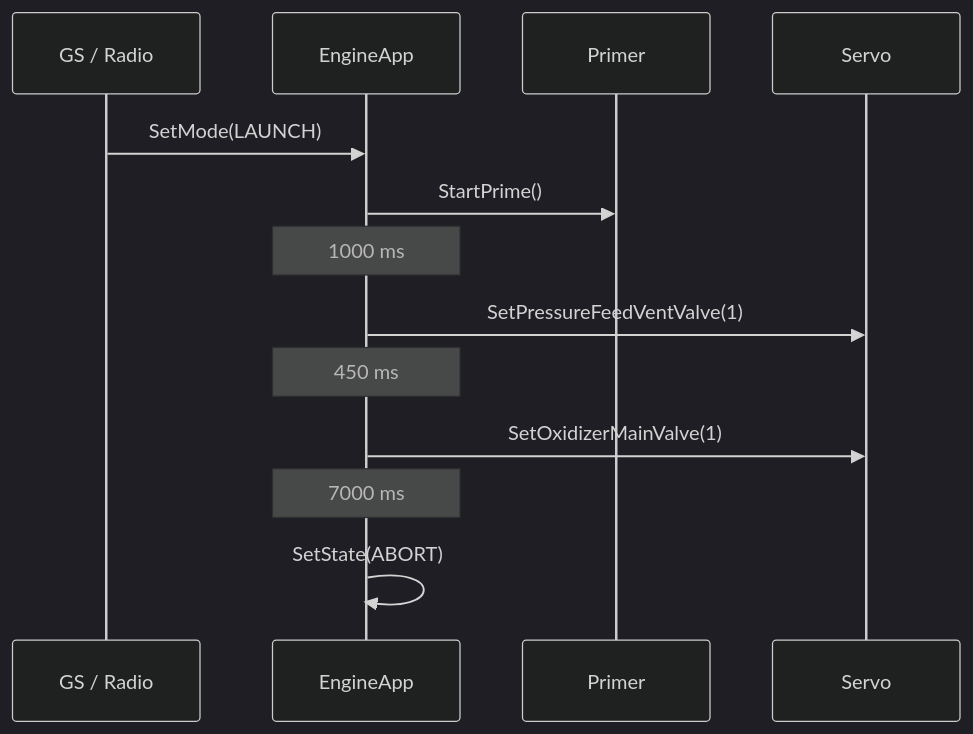
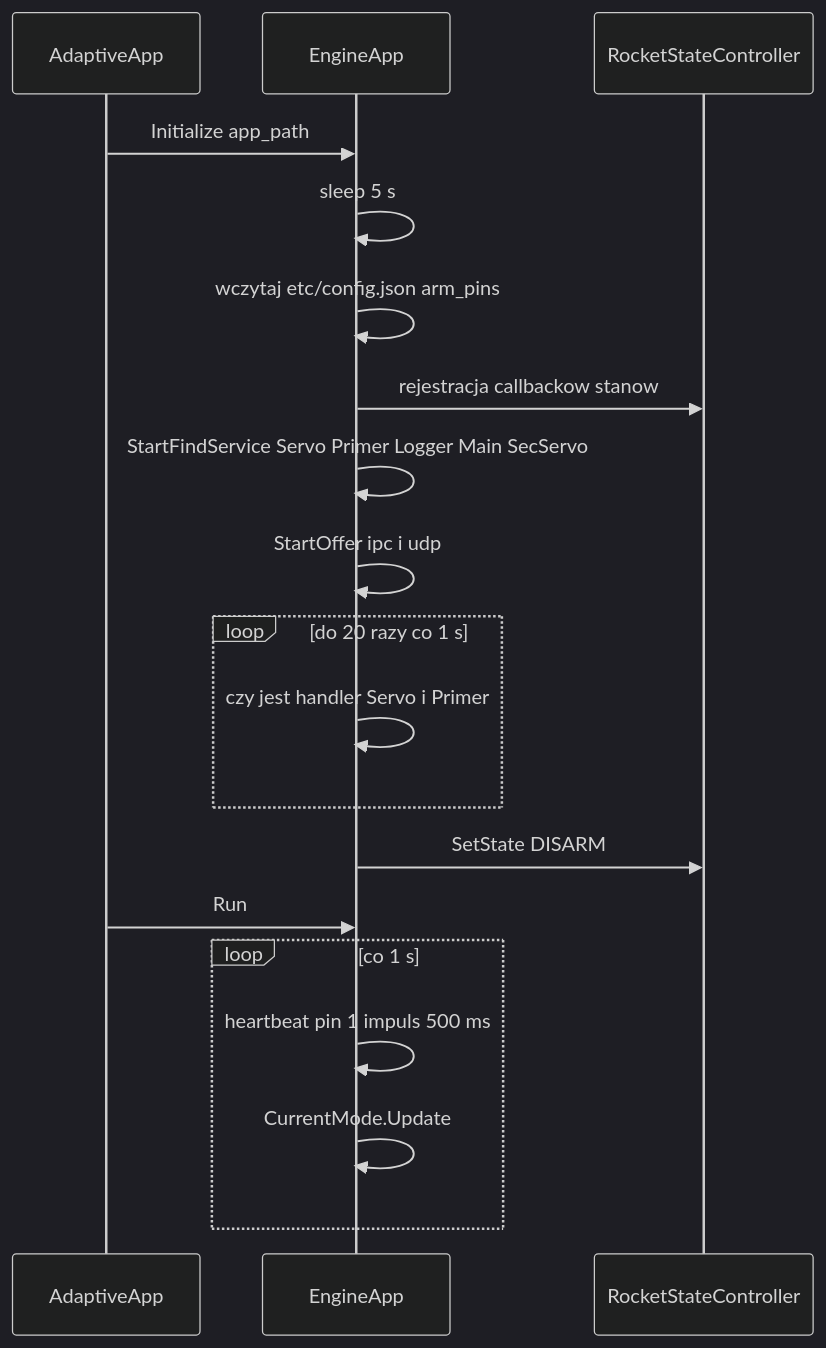
Before and after one commit to Simba-Avionic/srp: the first of 2 diagrams in apps/ec/engine_service/README.md, drawn with Mermaid (dark theme). The commit also changed other lines of this file, not shown here.

Commit message:
docs(engine_service): extend README

````diff
--- a/apps/ec/engine_service/README.md
+++ b/apps/ec/engine_service/README.md
@@ -40,15 +29,21 @@
 ```mermaid
 sequenceDiagram
-  participant GS as GS / Radio
+  participant A as AdaptiveApp
   participant E as EngineApp
-  participant P as Primer
-  participant S as Servo
-  GS->>E: SetMode(LAUNCH)
-  E->>P: StartPrime()
-  Note over E: 1000 ms
-  E->>S: SetPressureFeedVentValve(1)
-  Note over E: 450 ms
-  E->>S: SetOxidizerMainValve(1)
-  Note over E: 7000 ms
-  E->>E: SetState(ABORT)
+  participant R as RocketStateController
+  A->>E: Initialize app_path
+  E->>E: sleep 5 s
+  E->>E: wczytaj etc/config.json arm_pins
+  E->>R: rejestracja callbackow stanow
+  E->>E: StartFindService Servo Primer Logger Main SecServo
+  E->>E: StartOffer ipc i udp
+  loop do 20 razy co 1 s
+    E->>E: czy jest handler Servo i Primer
+  end
+  E->>R: SetState DISARM
+  A->>E: Run
+  loop co 1 s
+    E->>E: heartbeat pin 1 impuls 500 ms
+    E->>E: CurrentMode.Update
+  end
 ```
````
